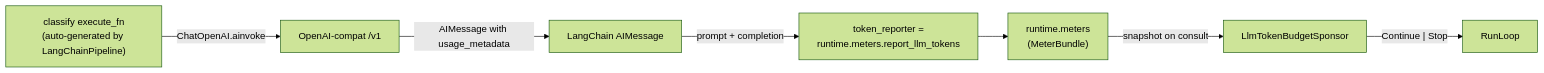
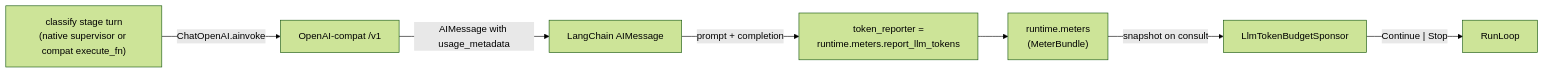
One commit to esgarbi/quadro changed the diagram in examples/langchain/llm_token_budget/README.md. Above: the diagram before and after it, drawn with Mermaid (forest theme). The commit also changed other lines of this file and 13 other files, not shown here.

Commit message:
add langchain native runtime parity and integrate llm_token_budget supervisor mode

````diff
--- a/examples/langchain/llm_token_budget/README.md
+++ b/examples/langchain/llm_token_budget/README.md
@@ -131,9 +139,9 @@
 ```mermaid
 flowchart LR
-    Worker["classify execute_fn<br/>(auto-generated by LangChainPipeline)"] -->|ChatOpenAI.ainvoke| LLM["OpenAI-compat /v1"]
+    Worker["classify stage turn<br/>(native supervisor or compat execute_fn)"] -->|ChatOpenAI.ainvoke| LLM["OpenAI-compat /v1"]
     LLM -->|AIMessage with usage_metadata| LC["LangChain AIMessage"]
     LC -->|prompt + completion| Reporter["token_reporter =<br/>runtime.meters.report_llm_tokens"]
     Reporter --> Bundle["runtime.meters<br/>(MeterBundle)"]
     Bundle -->|snapshot on consult| Sponsor["LlmTokenBudgetSponsor"]
     Sponsor -->|"Continue | Stop"| Loop["RunLoop"]
 ```
````
